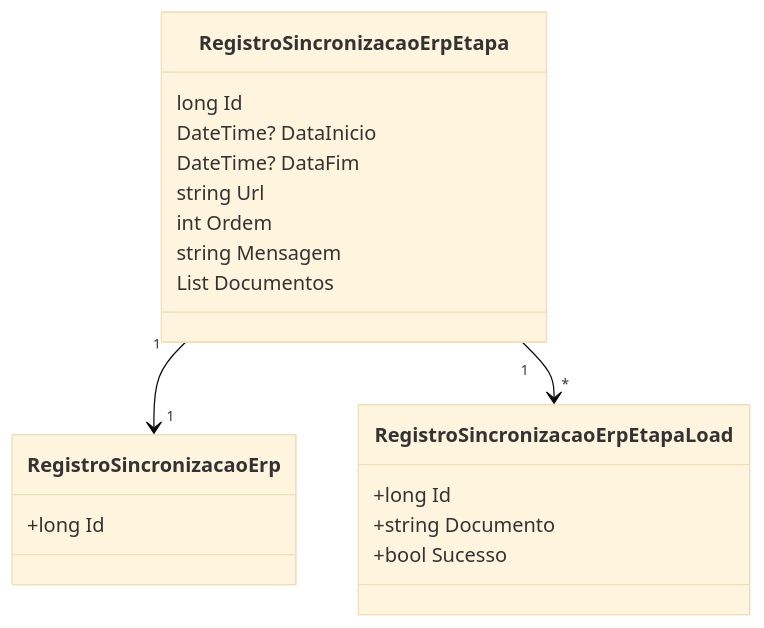
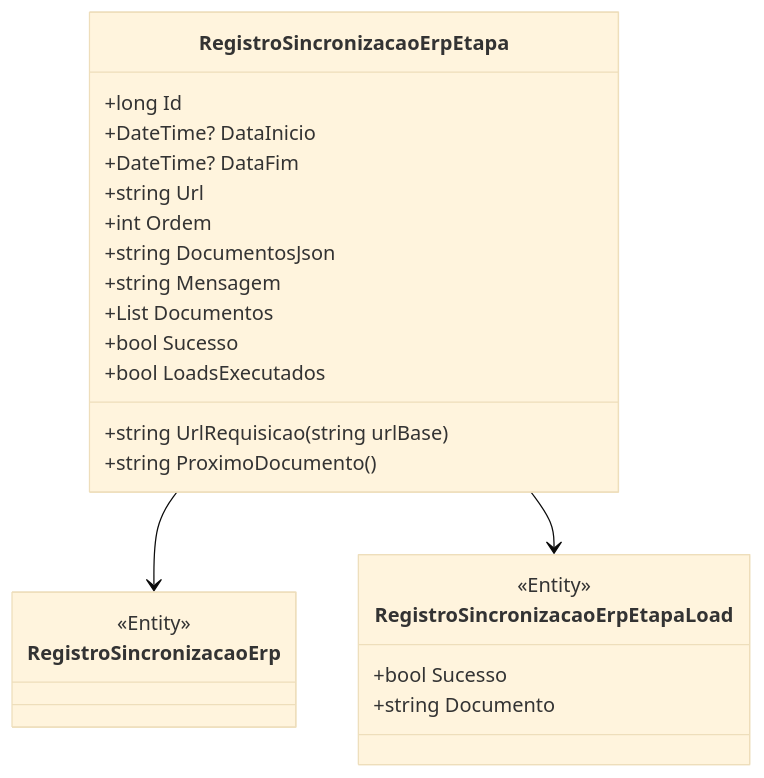
The diagram in docs/b2b-dominio/IsthmusWinthor.Nucleo/IsthmusWinthor.Dominio/Entidades/RegistroSincronizacaoErpEtapa.md (IsthmusSistemas/documentacao-tecnica), drawn with Mermaid (base theme) before and after one commit. The commit also changed other lines of this file and 882 other files, not shown here.

````diff
--- a/docs/b2b-dominio/IsthmusWinthor.Nucleo/IsthmusWinthor.Dominio/Entidades/RegistroSincronizacaoErpEtapa.md
+++ b/docs/b2b-dominio/IsthmusWinthor.Nucleo/IsthmusWinthor.Dominio/Entidades/RegistroSincronizacaoErpEtapa.md
@@ -56,25 +50,27 @@
 ```mermaid
 classDiagram
     class RegistroSincronizacaoErpEtapa {
-        long Id
-        DateTime? DataInicio
-        DateTime? DataFim
-        string Url
-        int Ordem
-        string Mensagem
-        List<string> Documentos
+        +long Id
+        +DateTime? DataInicio
+        +DateTime? DataFim
+        +string Url
+        +int Ordem
+        +string DocumentosJson
+        +string Mensagem
+        +List<string> Documentos
+        +string UrlRequisicao(string urlBase)
+        +string ProximoDocumento()
+        +bool Sucesso
+        +bool LoadsExecutados
     }
-
     class RegistroSincronizacaoErp {
-        +long Id
+        <<Entity>>
     }
-
     class RegistroSincronizacaoErpEtapaLoad {
-        +long Id
+        <<Entity>>
+        +bool Sucesso
         +string Documento
-        +bool Sucesso
     }
-
-    RegistroSincronizacaoErpEtapa "1" --> "1" RegistroSincronizacaoErp
-    RegistroSincronizacaoErpEtapa "1" --> "*" RegistroSincronizacaoErpEtapaLoad
+    RegistroSincronizacaoErpEtapa --> RegistroSincronizacaoErp
+    RegistroSincronizacaoErpEtapa --> RegistroSincronizacaoErpEtapaLoad
 ```
````
